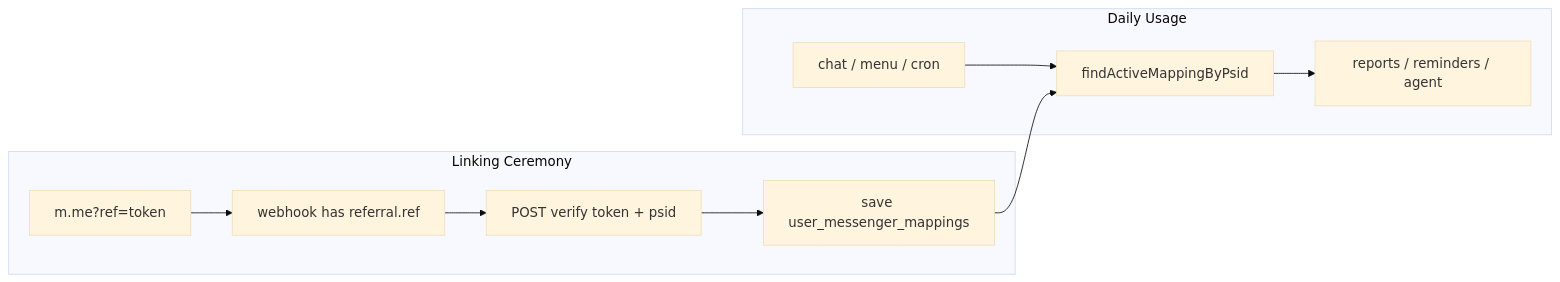
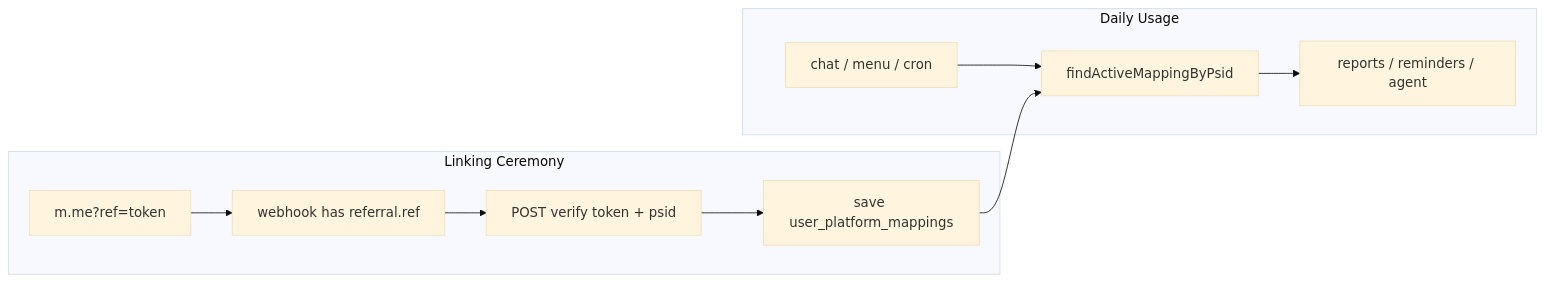
The diagram in apps/messenger-bot/docs/messenger-link-integration.md (lengocanh2005it/wispace-bot), drawn with Mermaid (base theme) before and after one commit. The commit also changed other lines of this file and 8 other files, not shown here.

````diff
--- a/apps/messenger-bot/docs/messenger-link-integration.md
+++ b/apps/messenger-bot/docs/messenger-link-integration.md
@@ -449,15 +449,15 @@
 ```mermaid
 flowchart LR
   subgraph ceremony ["Linking Ceremony"]
     A[m.me?ref=token] --> B[webhook has referral.ref]
     B --> C[POST verify token + psid]
-    C --> D[save user_messenger_mappings]
+    C --> D[save user_platform_mappings]
   end
 
   subgraph daily ["Daily Usage"]
     E[chat / menu / cron] --> F[findActiveMappingByPsid]
     F --> G[reports / reminders / agent]
   end
 
   D --> F
 ```
````
